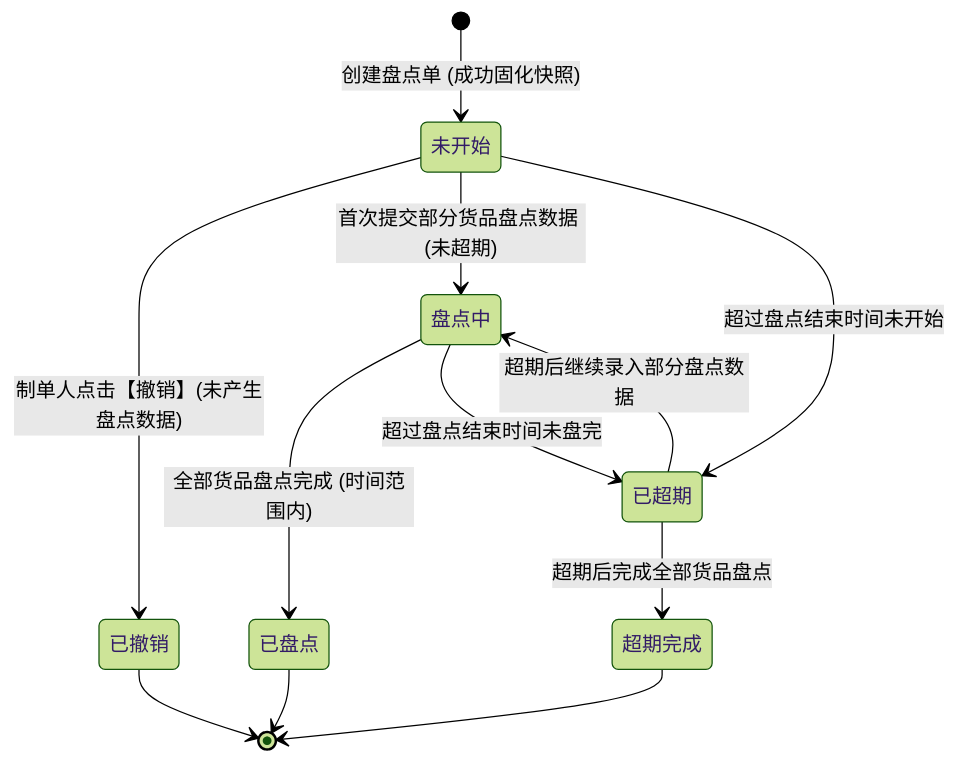
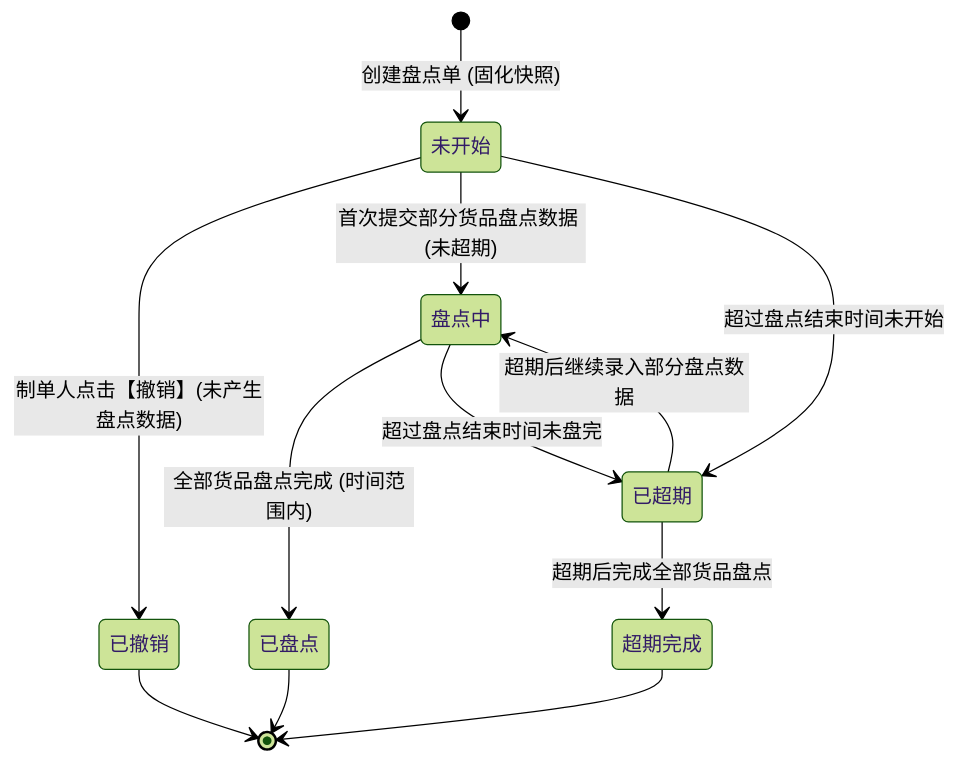
One commit to RobertHuang999/SYZC changed the diagram in 02-PRD文档/🌟🌟🌟-最新基准版/B端PC/02-仓储/16-货物盘点/货物盘点业务规则规格.md. Above: the diagram before and after it, drawn with Mermaid (forest theme). The commit also changed other lines of this file and 264 other files, not shown here.

````diff
--- a/02-PRD文档/🌟🌟🌟-最新基准版/B端PC/02-仓储/16-货物盘点/货物盘点业务规则规格.md
+++ b/02-PRD文档/🌟🌟🌟-最新基准版/B端PC/02-仓储/16-货物盘点/货物盘点业务规则规格.md
@@ -56,18 +56,18 @@
 ```mermaid
 stateDiagram-v2
-    [*] --> 未开始 : 创建盘点单 (成功固化快照)
+    [*] --> 未开始 : 创建盘点单 (固化快照)
     
     未开始 --> 已撤销 : 制单人点击【撤销】(未产生盘点数据)
     未开始 --> 盘点中 : 首次提交部分货品盘点数据 (未超期)
     未开始 --> 已超期 : 超过盘点结束时间未开始
     
     盘点中 --> 已盘点 : 全部货品盘点完成 (时间范围内)
     盘点中 --> 已超期 : 超过盘点结束时间未盘完
     
     已超期 --> 盘点中 : 超期后继续录入部分盘点数据
     已超期 --> 超期完成 : 超期后完成全部货品盘点
     
     已撤销 --> [*]
     已盘点 --> [*]
     超期完成 --> [*]
 ```
````
